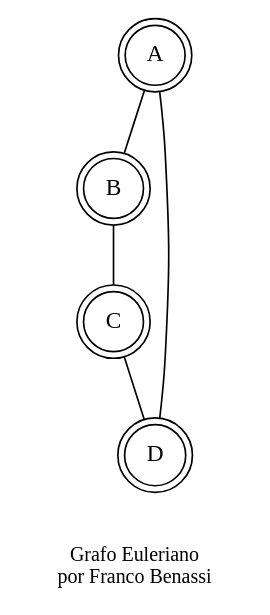
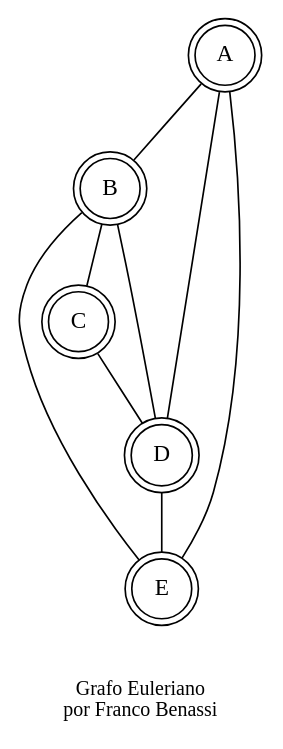
Before and after one commit to VinceBenassi/BenassiF-Repositorio: the diagram in euleriano.gv, drawn with Graphviz. The commit also changed 8 other files, not shown here.

```diff
--- a/euleriano.gv
+++ b/euleriano.gv
@@ -1,15 +1,27 @@
 graph G {
 	node [shape=doublecircle]
 	A
 	A -- B
 	node [shape=doublecircle]
 	B
 	B -- C
 	node [shape=doublecircle]
 	C
 	C -- D
 	node [shape=doublecircle]
 	D
+	D -- E
+	node [shape=doublecircle]
+	E
+	E -- B
+	node [shape=doublecircle]
+	B
+	B -- D
+	node [shape=doublecircle]
+	D
 	D -- A
+	node [shape=doublecircle]
+	A
+	A -- E
 	fontsize=12 label="\n\nGrafo Euleriano\n por Franco Benassi"
 }
```
